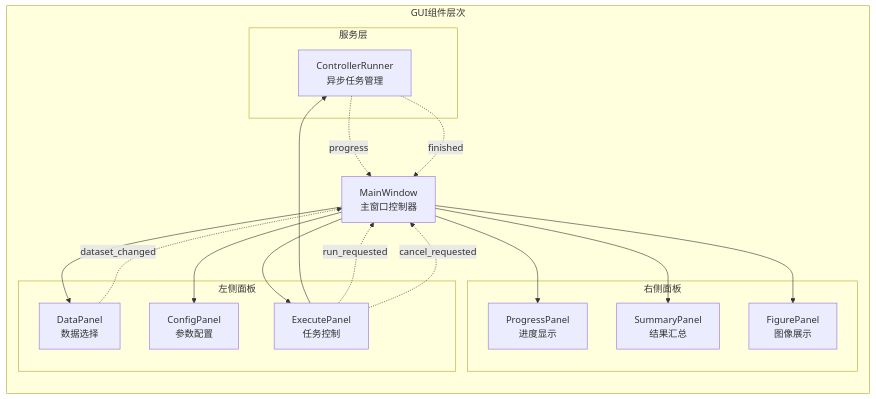
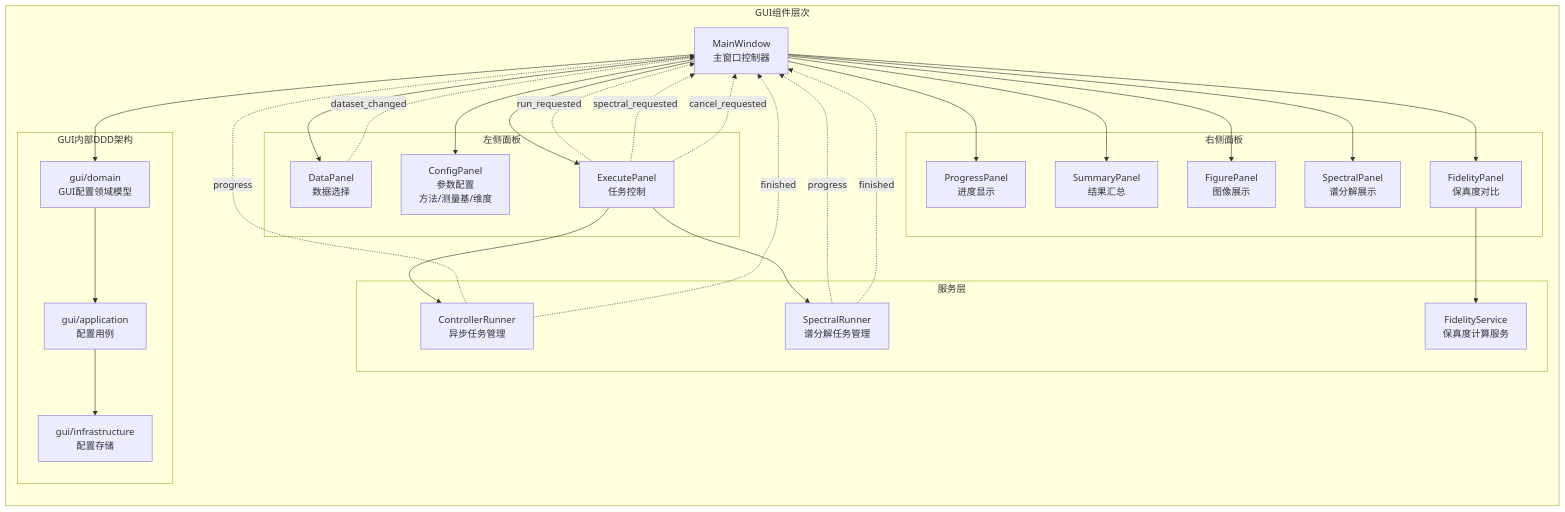
One commit to beckket4141/qtomography- changed the third of 5 diagrams in docs/teach/1.GUI数据流图表.md. Above: the diagram before and after it, drawn with Mermaid. The commit also changed other lines of this file and 9 other files, not shown here.

````diff
--- a/docs/teach/1.GUI数据流图表.md
+++ b/docs/teach/1.GUI数据流图表.md
@@ -114,36 +162,56 @@
 ```mermaid
 graph LR
     subgraph "GUI组件层次"
         MainWindow[MainWindow<br/>主窗口控制器]
         
         subgraph "左侧面板"
             DataPanel[DataPanel<br/>数据选择]
-            ConfigPanel[ConfigPanel<br/>参数配置]
+            ConfigPanel[ConfigPanel<br/>参数配置<br/>方法/测量基/维度]
             ExecutePanel[ExecutePanel<br/>任务控制]
         end
         
         subgraph "右侧面板"
             ProgressPanel[ProgressPanel<br/>进度显示]
             SummaryPanel[SummaryPanel<br/>结果汇总]
             FigurePanel[FigurePanel<br/>图像展示]
+            SpectralPanel[SpectralPanel<br/>谱分解展示]
+            FidelityPanel[FidelityPanel<br/>保真度对比]
         end
         
         subgraph "服务层"
             ControllerRunner[ControllerRunner<br/>异步任务管理]
+            SpectralRunner[SpectralRunner<br/>谱分解任务管理]
+            FidelityService[FidelityService<br/>保真度计算服务]
+        end
+        
+        subgraph "GUI内部DDD架构"
+            GUIConfig[gui/domain<br/>GUI配置领域模型]
+            ConfigUseCase[gui/application<br/>配置用例]
+            ConfigRepo[gui/infrastructure<br/>配置存储]
         end
     end
     
     MainWindow --> DataPanel
     MainWindow --> ConfigPanel
     MainWindow --> ExecutePanel
     MainWindow --> ProgressPanel
     MainWindow --> SummaryPanel
     MainWindow --> FigurePanel
+    MainWindow --> SpectralPanel
+    MainWindow --> FidelityPanel
     ExecutePanel --> ControllerRunner
+    ExecutePanel --> SpectralRunner
+    FidelityPanel --> FidelityService
+    MainWindow --> GUIConfig
+    GUIConfig --> ConfigUseCase
+    ConfigUseCase --> ConfigRepo
     
     DataPanel -.->|dataset_changed| MainWindow
     ExecutePanel -.->|run_requested| MainWindow
+    ExecutePanel -.->|spectral_requested| MainWindow
     ExecutePanel -.->|cancel_requested| MainWindow
     ControllerRunner -.->|progress| MainWindow
     ControllerRunner -.->|finished| MainWindow
+    SpectralRunner -.->|progress| MainWindow
+    SpectralRunner -.->|finished| MainWindow
 ```
````
